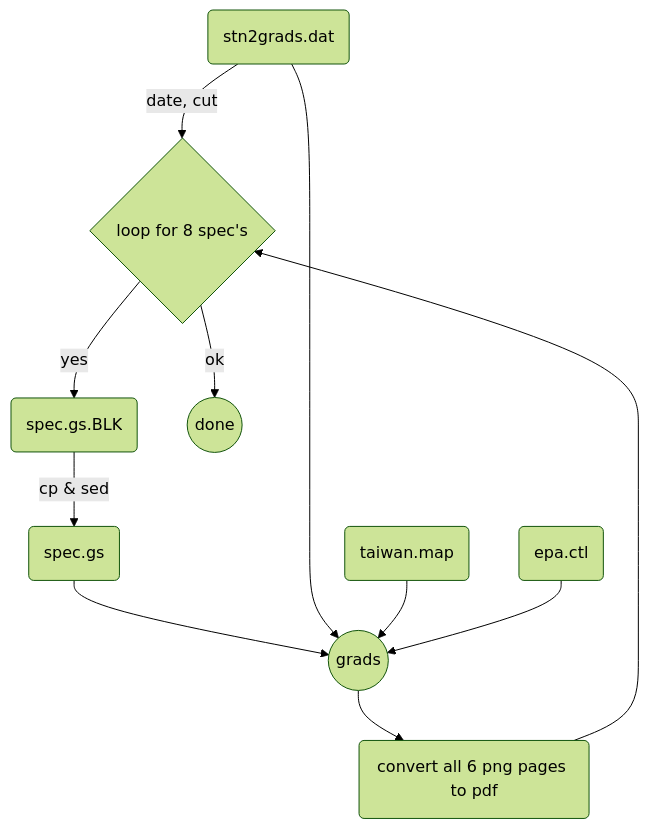
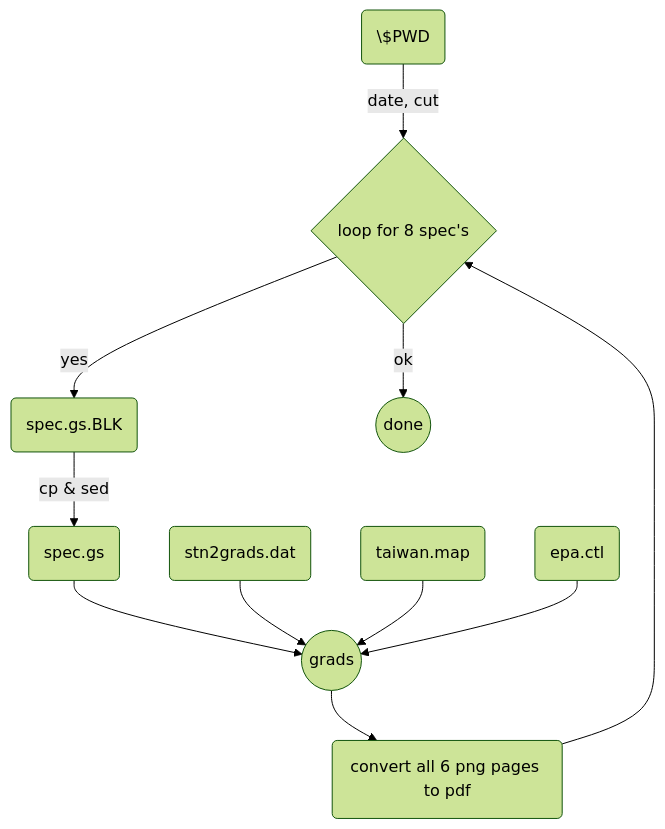
The third of 3 diagrams in _posts/2022-07-21-ovm2grads.md (sinotec2/FAQ), drawn with Mermaid (forest theme) before and after one commit.

````diff
--- a/_posts/2022-07-21-ovm2grads.md
+++ b/_posts/2022-07-21-ovm2grads.md
@@ -107,13 +107,13 @@
 ```mermaid
 graph TD
-    C(\$PWD) -- date, cut -->D{loop for 8 spec's}
+    J(\$PWD) -- date, cut -->D{loop for 8 spec's}
     D -- yes --> A(spec.gs.BLK)
     A -- cp & sed --> B(spec.gs)    
     B --> E((grads))
     C(stn2grads.dat) --> E
     I(taiwan.map) --> E
     H(epa.ctl) --> E
     E --> F(convert all 6 png pages to pdf)
     F --> D
     D -- ok --> G((done))
 ```
````
